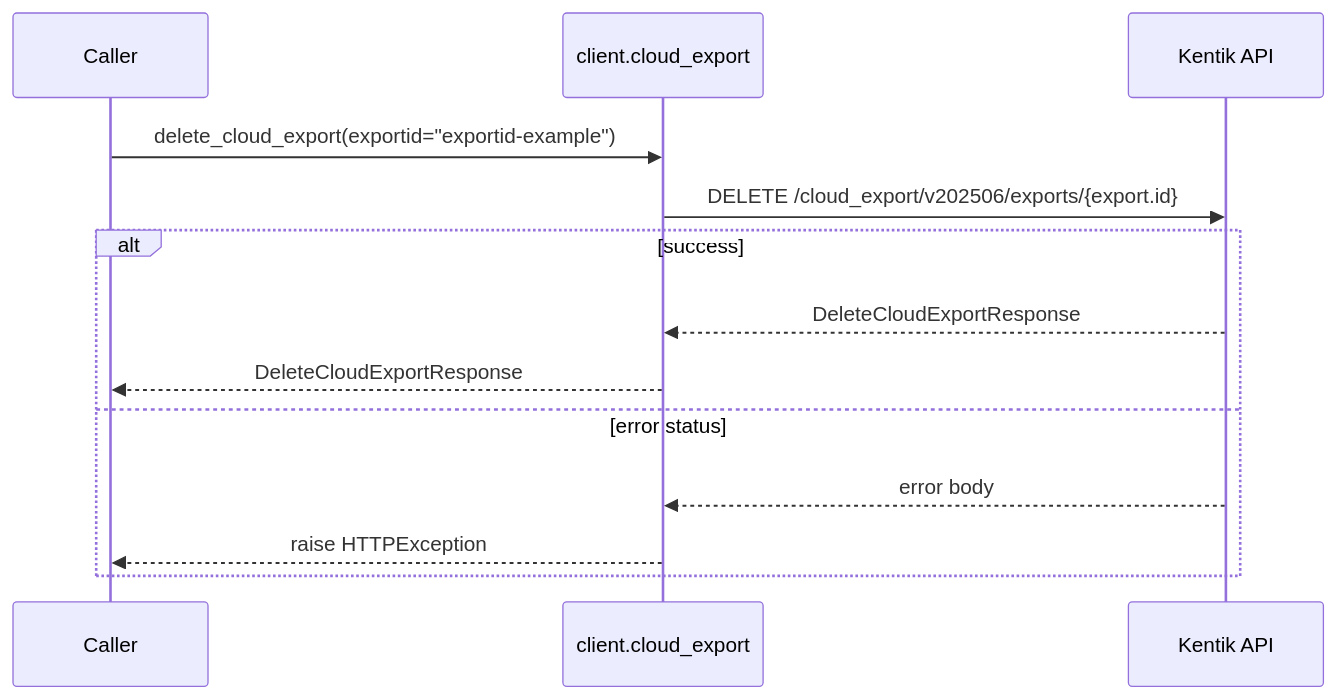
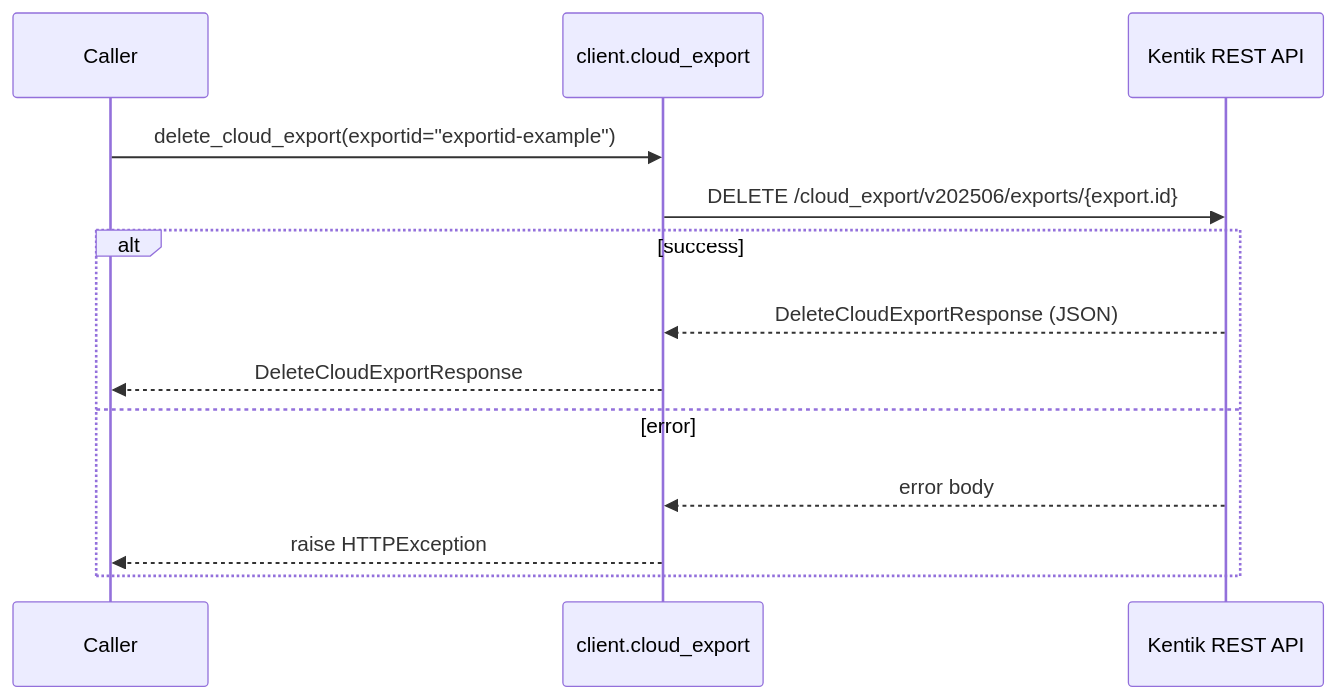
Before and after one commit to alexdearaujo/community_sdk_python: the tenth of 12 diagrams in docs/sphinx/services/cloud_export.md, drawn with Mermaid. The commit also changed other lines of this file and 61 other files, not shown here.

````diff
--- a/docs/sphinx/services/cloud_export.md
+++ b/docs/sphinx/services/cloud_export.md
@@ -227,16 +329,16 @@
 ```mermaid
 sequenceDiagram
     participant C as Caller
     participant W as client.cloud_export
-    participant API as Kentik API
+    participant API as Kentik REST API
 
     C->>W: delete_cloud_export(exportid="exportid-example")
     W->>API: DELETE /cloud_export/v202506/exports/{export.id}
     alt success
-        API-->>W: DeleteCloudExportResponse
+        API-->>W: DeleteCloudExportResponse (JSON)
         W-->>C: DeleteCloudExportResponse
-    else error status
+    else error
         API-->>W: error body
         W-->>C: raise HTTPException
     end
 ```
````
